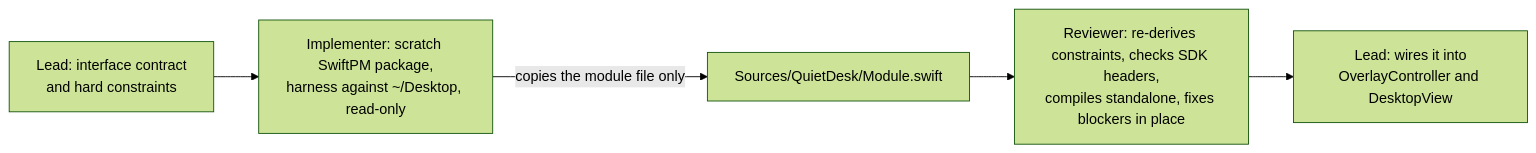
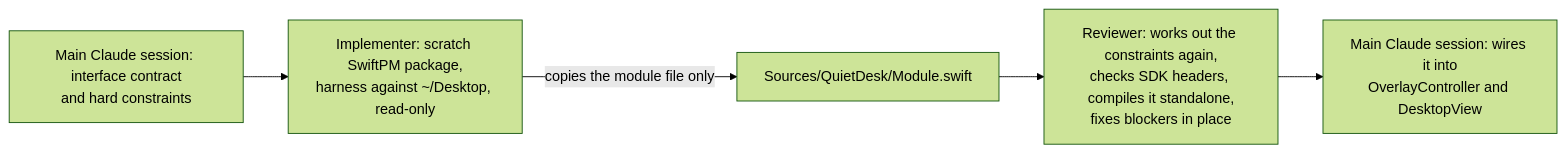
Before and after one commit to AlexToumayan/quietdesk: the diagram in docs/evidence/modules.md, drawn with Mermaid (forest theme). The commit also changed other lines of this file and 22 other files, not shown here.

````diff
--- a/docs/evidence/modules.md
+++ b/docs/evidence/modules.md
@@ -7,7 +11,7 @@
 ```mermaid
 flowchart LR
-  L[Lead: interface contract<br/>and hard constraints] --> I[Implementer: scratch SwiftPM package,<br/>harness against ~/Desktop, read-only]
-  I -->|copies the module file only| P[Sources/QuietDesk/Module.swift]
-  P --> R[Reviewer: re-derives constraints, checks SDK headers,<br/>compiles standalone, fixes blockers in place]
-  R --> W[Lead: wires it into<br/>OverlayController and DesktopView]
+  L["Main Claude session: interface contract<br/>and hard constraints"] --> I["Implementer: scratch SwiftPM package,<br/>harness against ~/Desktop, read-only"]
+  I -->|copies the module file only| P["Sources/QuietDesk/Module.swift"]
+  P --> R["Reviewer: works out the constraints again,<br/>checks SDK headers, compiles it standalone,<br/>fixes blockers in place"]
+  R --> W["Main Claude session: wires it into<br/>OverlayController and DesktopView"]
 ```
````
